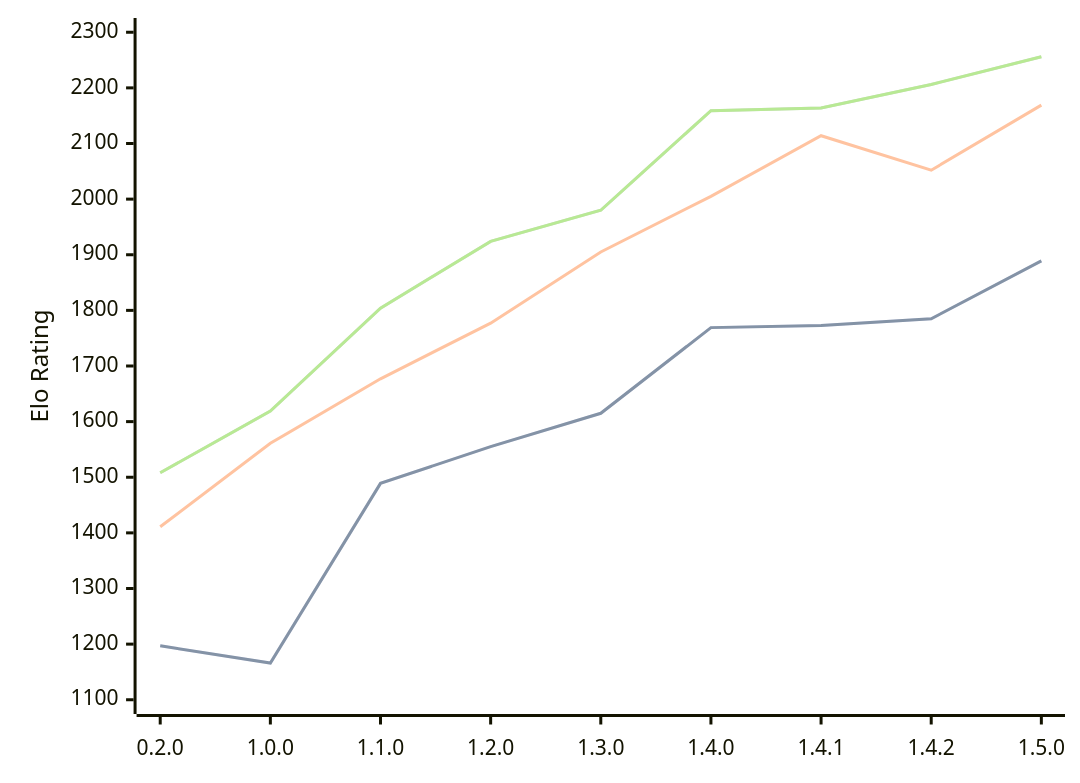
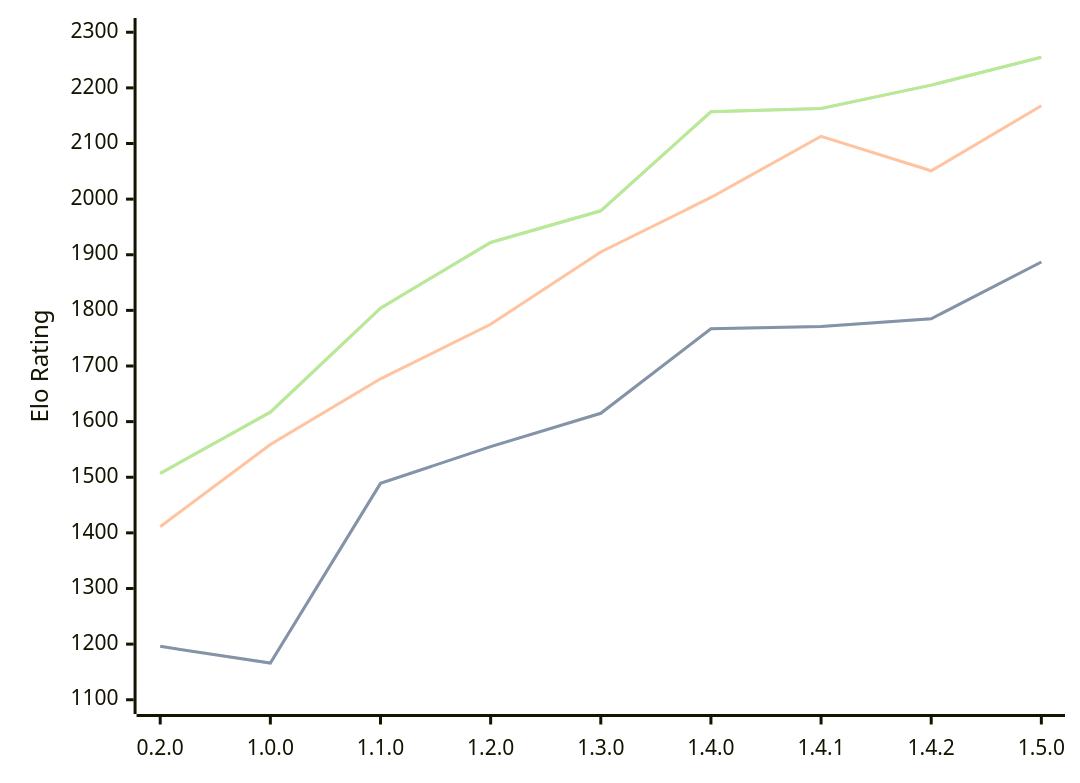
One commit to computer-chess-index/cci changed the diagram in engines/Zeppelin.md. Above: the diagram before and after it, drawn with Mermaid. The commit also changed other lines of this file, not shown here.

Commit message:
Update CCI Ratings (ELO VLTC) - 2026-08-04

````diff
--- a/engines/Zeppelin.md
+++ b/engines/Zeppelin.md
@@ -41,11 +41,11 @@
 ```mermaid
 %%{init: {"theme":"base","themeVariables":{"seriesColors:['#a3a3a3','#222221','#faa371']}}}%%
 xychart-beta
   x-axis ["0.2.0", "1.0.0", "1.1.0", "1.2.0", "1.3.0", "1.4.0", "1.4.1", "1.4.2", "1.5.0"]
   y-axis "Elo Rating" 1100 --> 2300
-  line "STC (8.0+0.08s)" [1197, 1166, 1489, 1555, 1615, 1769, 1773, 1785, 1889]
-  line "STC (8.0+0.08s)" [1197, 1166, 1489, 1555, 1615, 1769, 1773, 1785, 1889]
-  line "LTC (60.0+0.60s)" [1411, 1561, 1677, 1777, 1905, 2005, 2114, 2052, 2169]
-  line "VLTC (2m24s+1.12s)" [1508, 1619, 1804, 1924, 1980, 2159, 2164, 2206, 2256]
-  line "VLTC (2m24s+1.12s)" [1508, 1619, 1804, 1924, 1980, 2159, 2164, 2206, 2256]
+  line "STC (8.0+0.08s)" [1196, 1166, 1489, 1555, 1615, 1767, 1771, 1785, 1887]
+  line "STC (8.0+0.08s)" [1196, 1166, 1489, 1555, 1615, 1767, 1771, 1785, 1887]
+  line "LTC (60.0+0.60s)" [1411, 1559, 1677, 1775, 1905, 2003, 2113, 2051, 2168]
+  line "VLTC (2m24s+1.12s)" [1507, 1617, 1804, 1922, 1979, 2157, 2163, 2205, 2255]
+  line "VLTC (2m24s+1.12s)" [1507, 1617, 1804, 1922, 1979, 2157, 2163, 2205, 2255]
 ```
````
